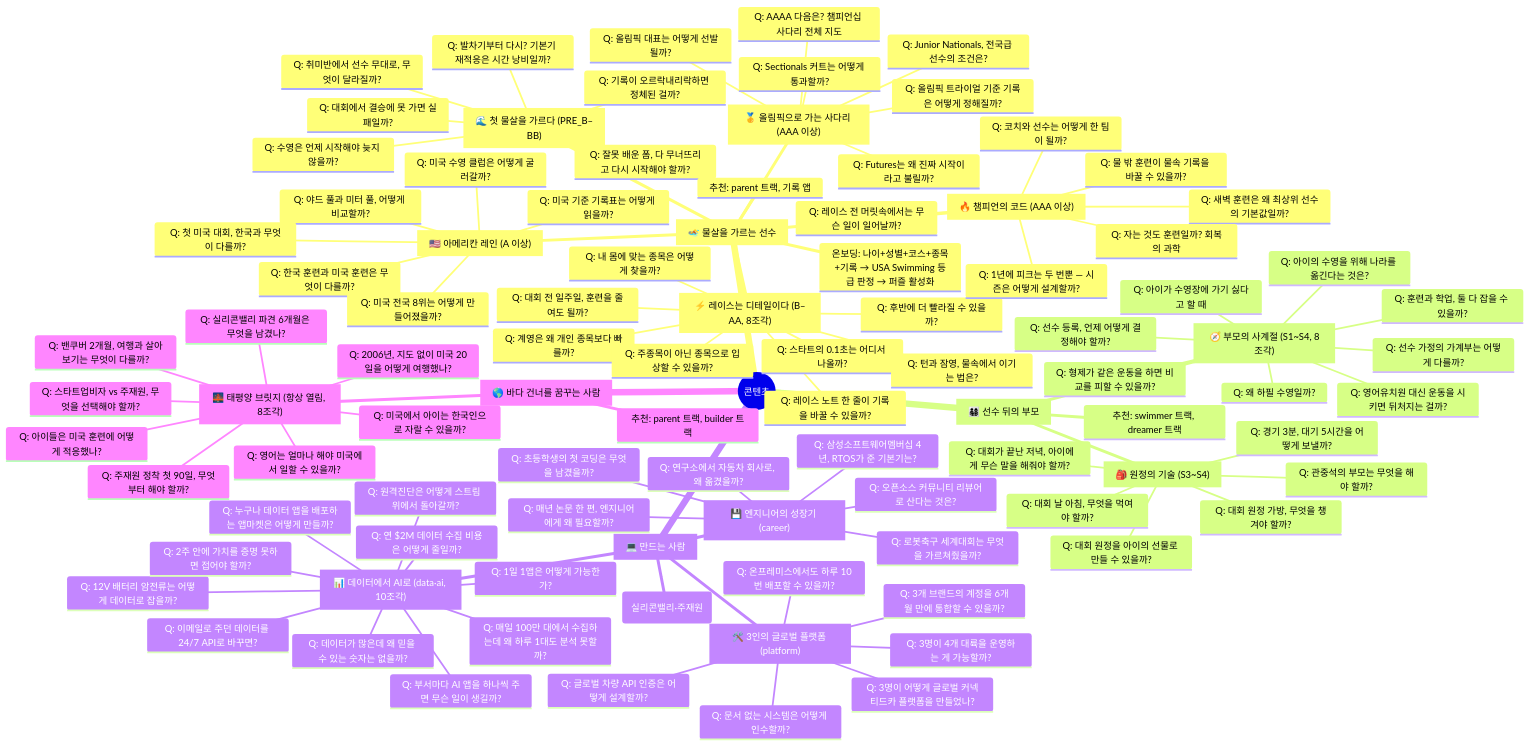
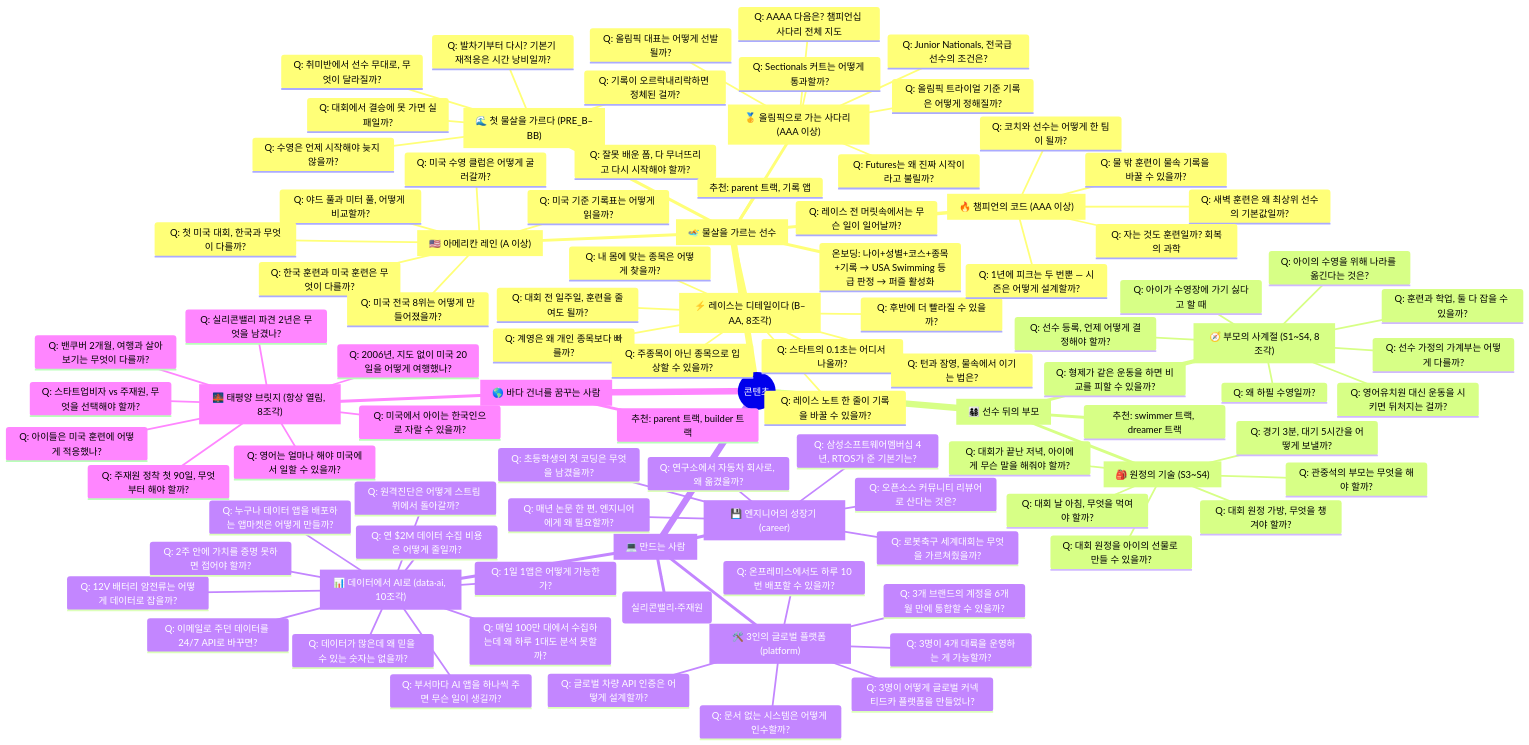
The diagram in brand/mindmap-content.md (kyj5482/test), drawn with Mermaid before and after one commit. The commit also changed 30 other files, not shown here.

```diff
--- a/brand/mindmap-content.md
+++ b/brand/mindmap-content.md
@@ -104,7 +104,7 @@
       퍼즐10["🌉 태평양 브릿지 (항상 열림, 8조각)"]
         Q: 2006년, 지도 없이 미국 20일을 어떻게 여행했나?
         Q: 밴쿠버 2개월, 여행과 살아보기는 무엇이 다를까?
-        Q: 실리콘밸리 파견 6개월은 무엇을 남겼나?
+        Q: 실리콘밸리 파견 2년은 무엇을 남겼나?
         Q: 영어는 얼마나 해야 미국에서 일할 수 있을까?
         Q: 스타트업비자 vs 주재원, 무엇을 선택해야 할까?
         Q: 주재원 정착 첫 90일, 무엇부터 해야 할까?
```
